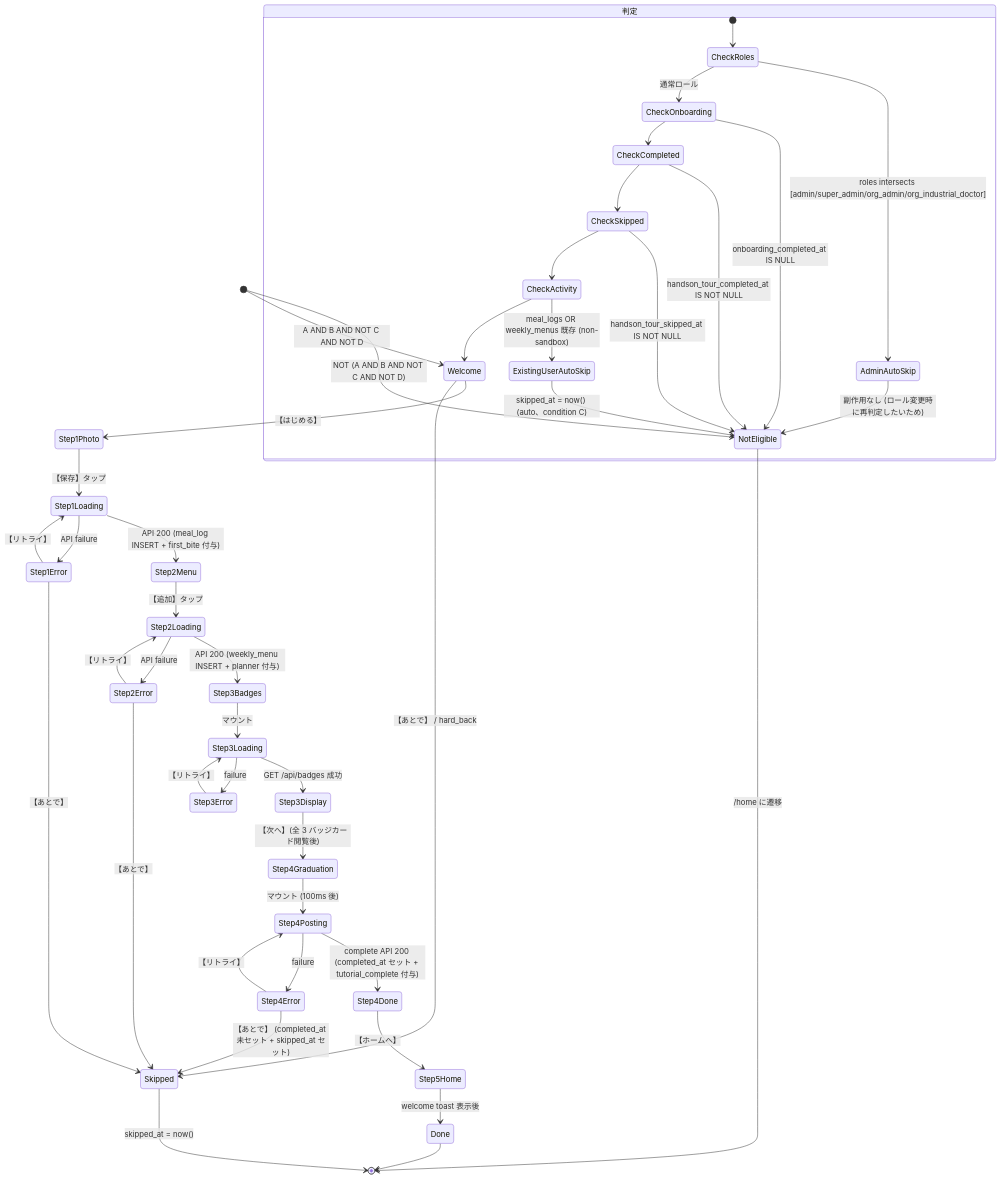
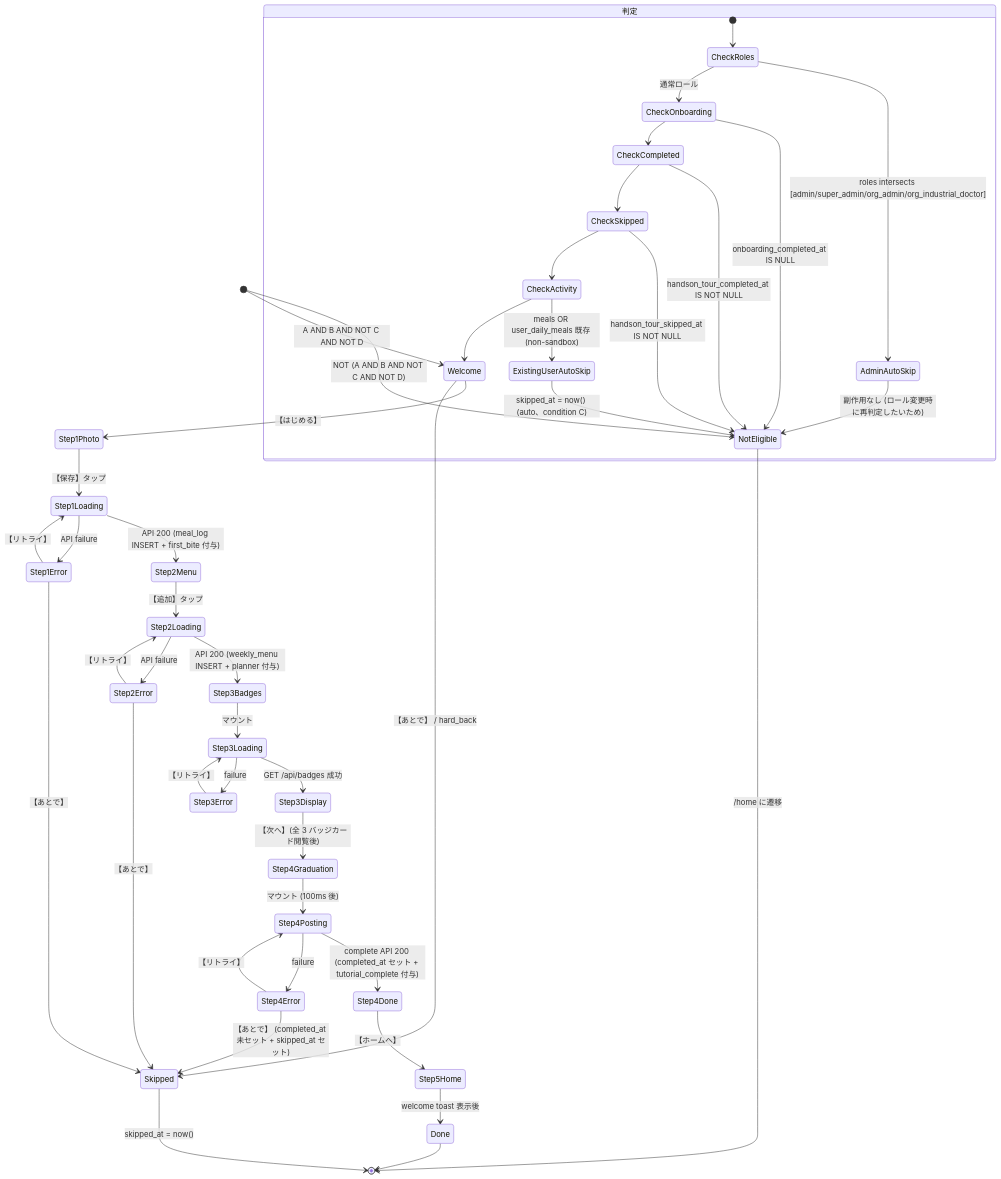
Before and after one commit to DaisukeHori/homegohan-app: the diagram in docs/design/family/09-onboarding-handson-tour/08-state-db.md, drawn with Mermaid. The commit also changed other lines of this file and 18 other files, not shown here.

````diff
--- a/docs/design/family/09-onboarding-handson-tour/08-state-db.md
+++ b/docs/design/family/09-onboarding-handson-tour/08-state-db.md
@@ -102,57 +102,57 @@
 ```mermaid
 stateDiagram-v2
   [*] --> NotEligible: NOT (A AND B AND NOT C AND NOT D)
   [*] --> Welcome: A AND B AND NOT C AND NOT D
 
   state "判定" as Eligibility {
     [*] --> CheckRoles
     CheckRoles --> AdminAutoSkip: roles intersects [admin/super_admin/org_admin/org_industrial_doctor]
     CheckRoles --> CheckOnboarding: 通常ロール
     CheckOnboarding --> NotEligible: onboarding_completed_at IS NULL
     CheckOnboarding --> CheckCompleted
     CheckCompleted --> NotEligible: handson_tour_completed_at IS NOT NULL
     CheckCompleted --> CheckSkipped
     CheckSkipped --> NotEligible: handson_tour_skipped_at IS NOT NULL
     CheckSkipped --> CheckActivity
-    CheckActivity --> ExistingUserAutoSkip: meal_logs OR weekly_menus 既存 (non-sandbox)
+    CheckActivity --> ExistingUserAutoSkip: meals OR user_daily_meals 既存 (non-sandbox)
     CheckActivity --> Welcome
   }
 
   Welcome --> Step1Photo: 【はじめる】
   Welcome --> Skipped: 【あとで】 / hard_back
 
   Step1Photo --> Step1Loading: 【保存】タップ
   Step1Loading --> Step2Menu: API 200 (meal_log INSERT + first_bite 付与)
   Step1Loading --> Step1Error: API failure
   Step1Error --> Step1Loading: 【リトライ】
   Step1Error --> Skipped: 【あとで】
 
   Step2Menu --> Step2Loading: 【追加】タップ
   Step2Loading --> Step3Badges: API 200 (weekly_menu INSERT + planner 付与)
   Step2Loading --> Step2Error: API failure
   Step2Error --> Step2Loading: 【リトライ】
   Step2Error --> Skipped: 【あとで】
 
   Step3Badges --> Step3Loading: マウント
   Step3Loading --> Step3Display: GET /api/badges 成功
   Step3Loading --> Step3Error: failure
   Step3Display --> Step4Graduation: 【次へ】(全 3 バッジカード閲覧後)
   Step3Error --> Step3Loading: 【リトライ】
 
   Step4Graduation --> Step4Posting: マウント (100ms 後)
   Step4Posting --> Step4Done: complete API 200 (completed_at セット + tutorial_complete 付与)
   Step4Posting --> Step4Error: failure
   Step4Error --> Step4Posting: 【リトライ】
   Step4Error --> Skipped: 【あとで】 (completed_at 未セット + skipped_at セット)
 
   Step4Done --> Step5Home: 【ホームへ】
 
   Step5Home --> Done: welcome toast 表示後
 
   AdminAutoSkip --> NotEligible: 副作用なし (ロール変更時に再判定したいため)
   ExistingUserAutoSkip --> NotEligible: skipped_at = now() (auto、condition C)
 
   NotEligible --> [*]: /home に遷移
   Skipped --> [*]: skipped_at = now()
   Done --> [*]
 ```
````
